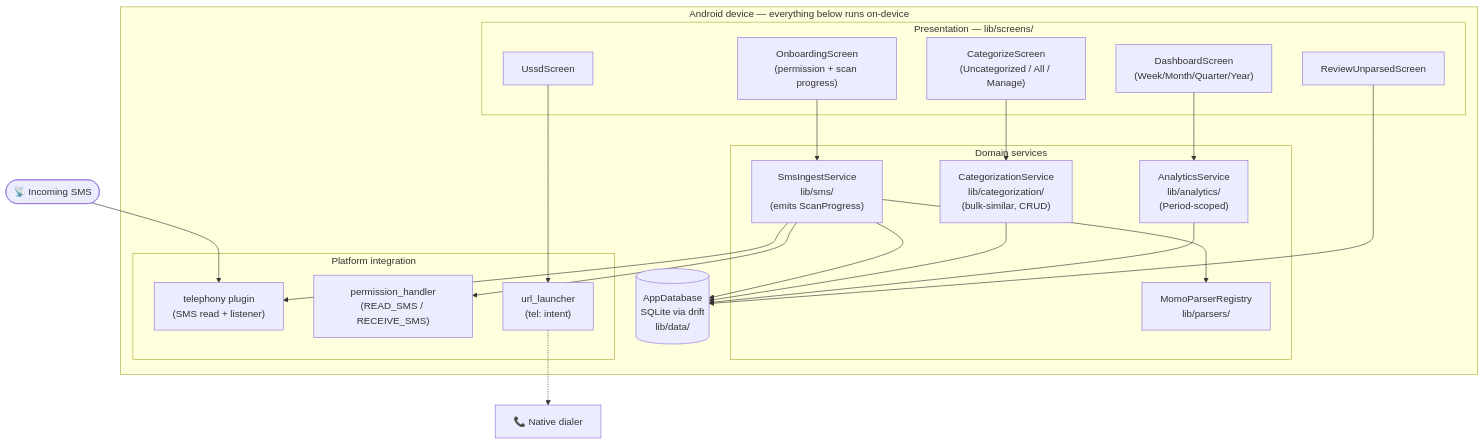
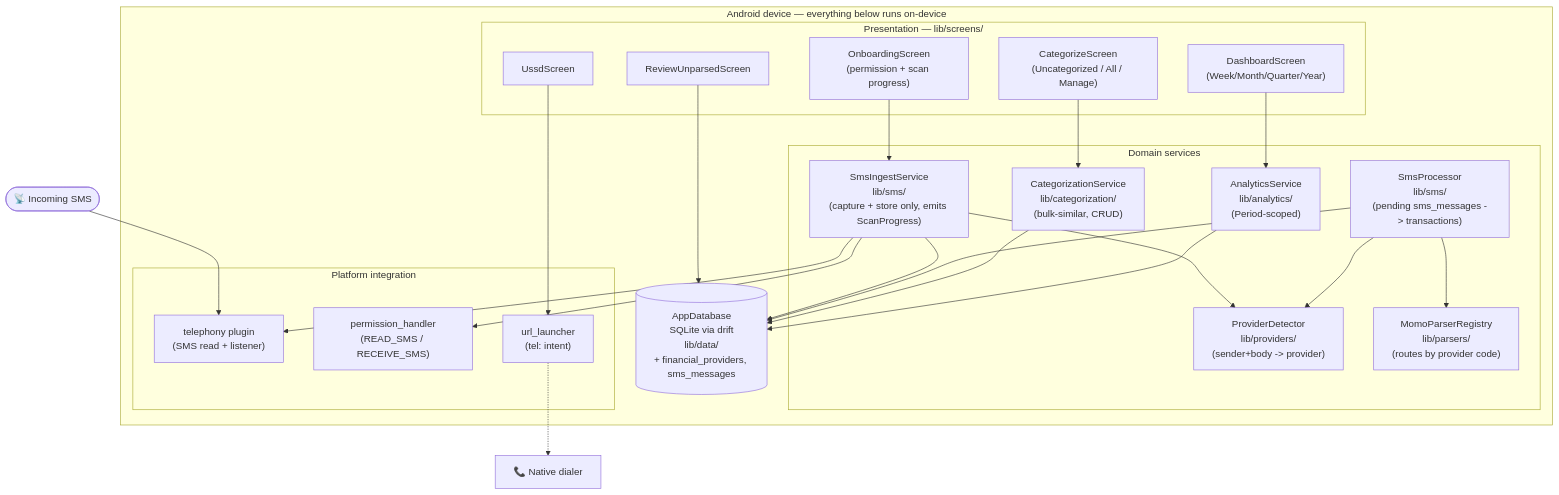
Before and after one commit to Illustre13/menyaKash: the second of 13 diagrams in docs/ARCHITECTURE.md, drawn with Mermaid. The commit also changed other lines of this file, not shown here.

First line of the commit message:
docs: update system architecture

````diff
--- a/docs/ARCHITECTURE.md
+++ b/docs/ARCHITECTURE.md
@@ -69,43 +69,48 @@
 ```mermaid
 flowchart TB
     subgraph Device["Android device — everything below runs on-device"]
         subgraph UI["Presentation — lib/screens/"]
             Onboarding["OnboardingScreen\n(permission + scan progress)"]
             Dashboard["DashboardScreen\n(Week/Month/Quarter/Year)"]
             Categorize["CategorizeScreen\n(Uncategorized / All / Manage)"]
             Review["ReviewUnparsedScreen"]
             Ussd["UssdScreen"]
         end
 
         subgraph Domain["Domain services"]
-            IngestSvc["SmsIngestService\nlib/sms/\n(emits ScanProgress)"]
-            ParserReg["MomoParserRegistry\nlib/parsers/"]
+            IngestSvc["SmsIngestService\nlib/sms/\n(capture + store only, emits ScanProgress)"]
+            Detector["ProviderDetector\nlib/providers/\n(sender+body -> provider)"]
+            Processor["SmsProcessor\nlib/sms/\n(pending sms_messages -> transactions)"]
+            ParserReg["MomoParserRegistry\nlib/parsers/\n(routes by provider code)"]
             CatSvc["CategorizationService\nlib/categorization/\n(bulk-similar, CRUD)"]
             AnalyticsSvc["AnalyticsService\nlib/analytics/\n(Period-scoped)"]
         end
 
         subgraph Infra["Platform integration"]
             Telephony["telephony plugin\n(SMS read + listener)"]
             PermHandler["permission_handler\n(READ_SMS / RECEIVE_SMS)"]
             UrlLauncher["url_launcher\n(tel: intent)"]
         end
 
-        DB[("AppDatabase\nSQLite via drift\nlib/data/")]
+        DB[("AppDatabase\nSQLite via drift\nlib/data/\n+ financial_providers, sms_messages")]
 
         Onboarding --> IngestSvc
         Dashboard --> AnalyticsSvc
         Categorize --> CatSvc
         Review --> DB
         Ussd --> UrlLauncher
 
         IngestSvc --> Telephony
         IngestSvc --> PermHandler
-        IngestSvc --> ParserReg
+        IngestSvc --> Detector
         IngestSvc --> DB
+        Processor --> Detector
+        Processor --> ParserReg
+        Processor --> DB
         CatSvc --> DB
         AnalyticsSvc --> DB
     end
 
     SmsRadio(["📡 Incoming SMS"]) --> Telephony
     UrlLauncher -.-> NativeDialer["📞 Native dialer"]
 ```
````
